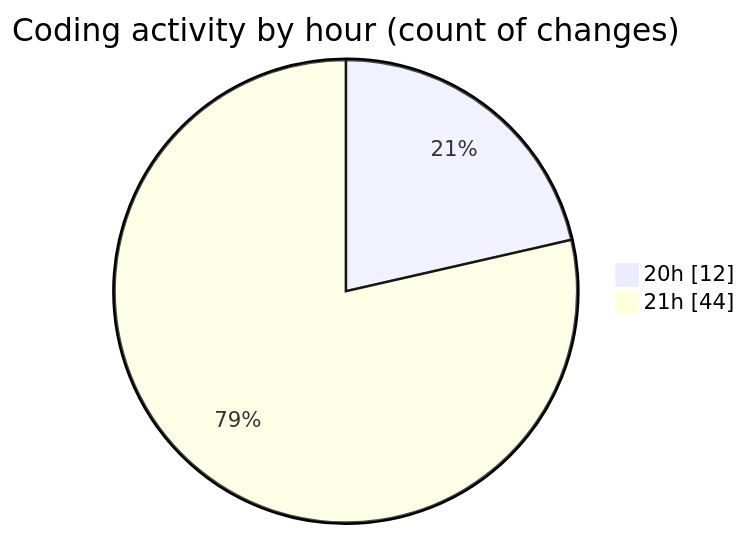
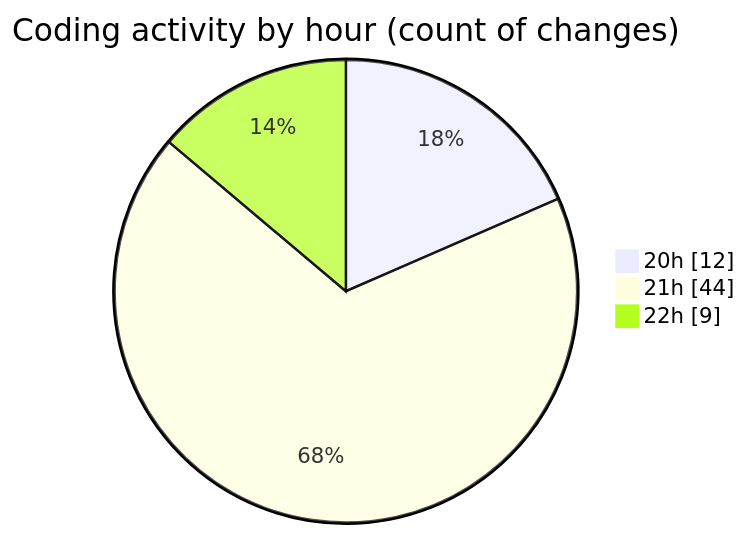
One commit to Netris89/code-tracking changed the second of 2 diagrams in 2025-04-24/echo/README.md. Above: the diagram before and after it, drawn with Mermaid. The commit also changed other lines of this file and 1 other file, not shown here.

````diff
--- a/2025-04-24/echo/README.md
+++ b/2025-04-24/echo/README.md
@@ -30,6 +30,7 @@
 ```mermaid
 pie showData
 title Coding activity by hour (count of changes)
 "20h" : 12
 "21h" : 44
+"22h" : 9
 ```
````
